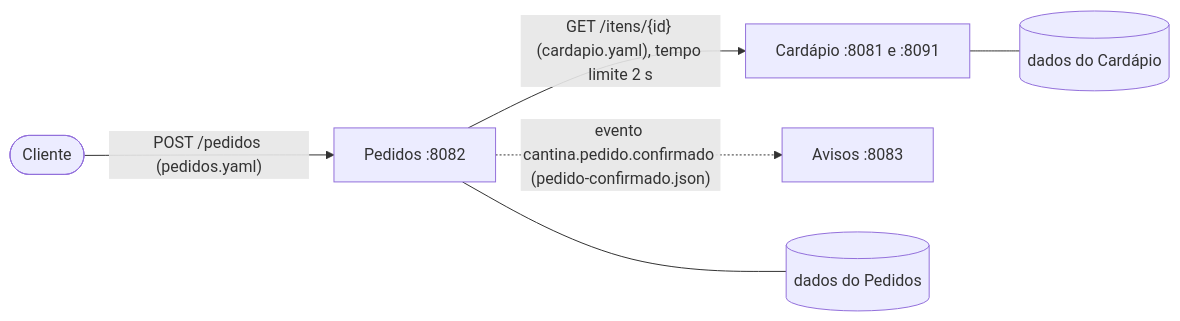
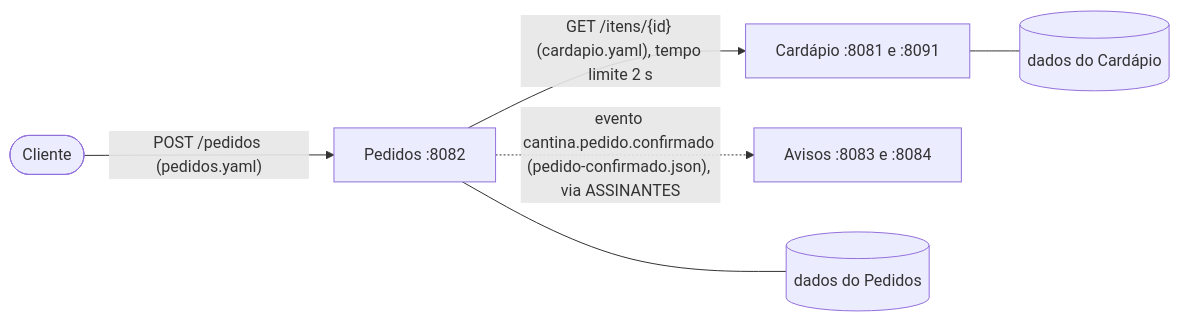
The diagram in arquitetura/estrutura.md (renan-utida/cantina-soa), drawn with Mermaid before and after one commit. The commit also changed 17 other files, not shown here.

Commit message:
Missão 4: serviço Avisos, evento pedido confirmado (Trilha A) e evidências

````diff
--- a/arquitetura/estrutura.md
+++ b/arquitetura/estrutura.md
@@ -3,8 +3,8 @@
 ```mermaid
 flowchart LR
   cliente([Cliente]) -->|"POST /pedidos (pedidos.yaml)"| pedidos["Pedidos :8082"]
   pedidos -->|"GET /itens/{id} (cardapio.yaml), tempo limite 2 s"| cardapio["Cardápio :8081 e :8091"]
-  pedidos -.->|"evento cantina.pedido.confirmado (pedido-confirmado.json)"| avisos["Avisos :8083"]
+  pedidos -.->|"evento cantina.pedido.confirmado (pedido-confirmado.json), via ASSINANTES"| avisos["Avisos :8083 e :8084"]
   pedidos --- dbP[("dados do Pedidos")]
   cardapio --- dbC[("dados do Cardápio")]
 ```
````
